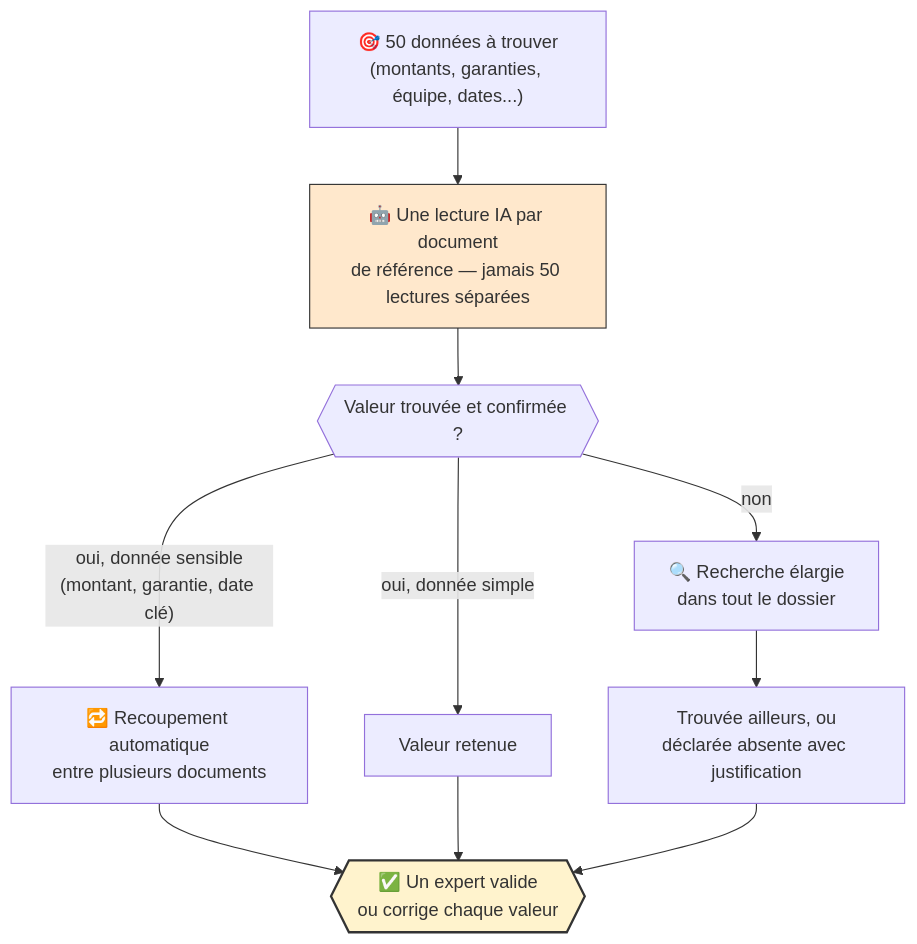
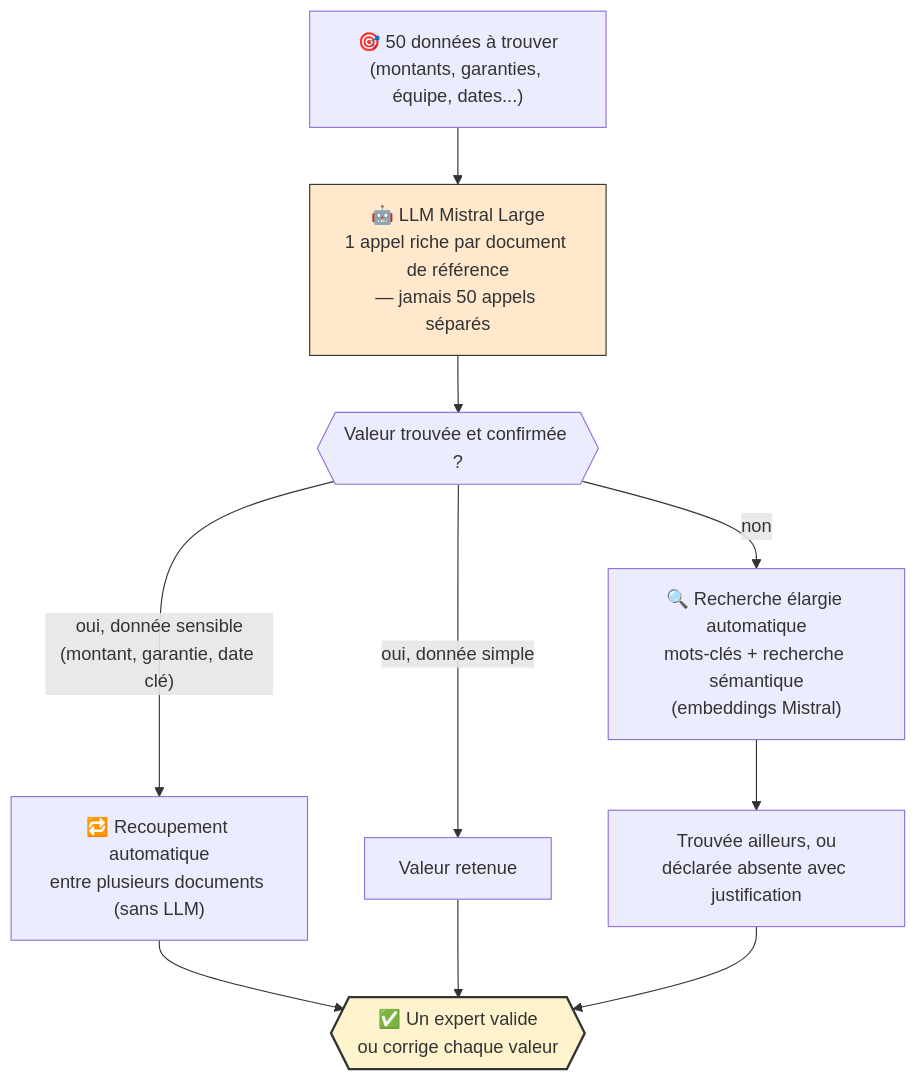
One commit to louisclzzzzzzz/AOP-app-v2 changed the fifth of 10 diagrams in docs/presentation/01_DIAGRAMMES_MERMAID.md. Above: the diagram before and after it, drawn with Mermaid. The commit also changed other lines of this file, not shown here.

First line of the commit message:
Rend les diagrammes Mermaid un peu plus techniques

````diff
--- a/docs/presentation/01_DIAGRAMMES_MERMAID.md
+++ b/docs/presentation/01_DIAGRAMMES_MERMAID.md
@@ -90,16 +93,16 @@
 ```mermaid
 flowchart TD
-    START["🎯 50 données à trouver<br/>(montants, garanties, équipe, dates...)"] --> READ["🤖 Une lecture IA par document<br/>de référence — jamais 50 lectures séparées"]
+    START["🎯 50 données à trouver<br/>(montants, garanties, équipe, dates...)"] --> READ["🤖 LLM Mistral Large<br/>1 appel riche par document de référence<br/>— jamais 50 appels séparés"]
     READ --> FOUND{{"Valeur trouvée et confirmée ?"}}
-    FOUND -->|"oui, donnée sensible<br/>(montant, garantie, date clé)"| CROSS["🔁 Recoupement automatique<br/>entre plusieurs documents"]
+    FOUND -->|"oui, donnée sensible<br/>(montant, garantie, date clé)"| CROSS["🔁 Recoupement automatique<br/>entre plusieurs documents (sans LLM)"]
     FOUND -->|oui, donnée simple| VAL["Valeur retenue"]
-    FOUND -->|non| WIDE["🔍 Recherche élargie<br/>dans tout le dossier"]
+    FOUND -->|non| WIDE["🔍 Recherche élargie automatique<br/>mots-clés + recherche sémantique<br/>(embeddings Mistral)"]
     WIDE --> VAL2["Trouvée ailleurs, ou<br/>déclarée absente avec justification"]
 
     CROSS --> CP{{"✅ Un expert valide<br/>ou corrige chaque valeur"}}
     VAL --> CP
     VAL2 --> CP
 
     style CP fill:#fff3cd,stroke:#333,stroke-width:2px
     style READ fill:#ffe8cc,stroke:#333
 ```
````
